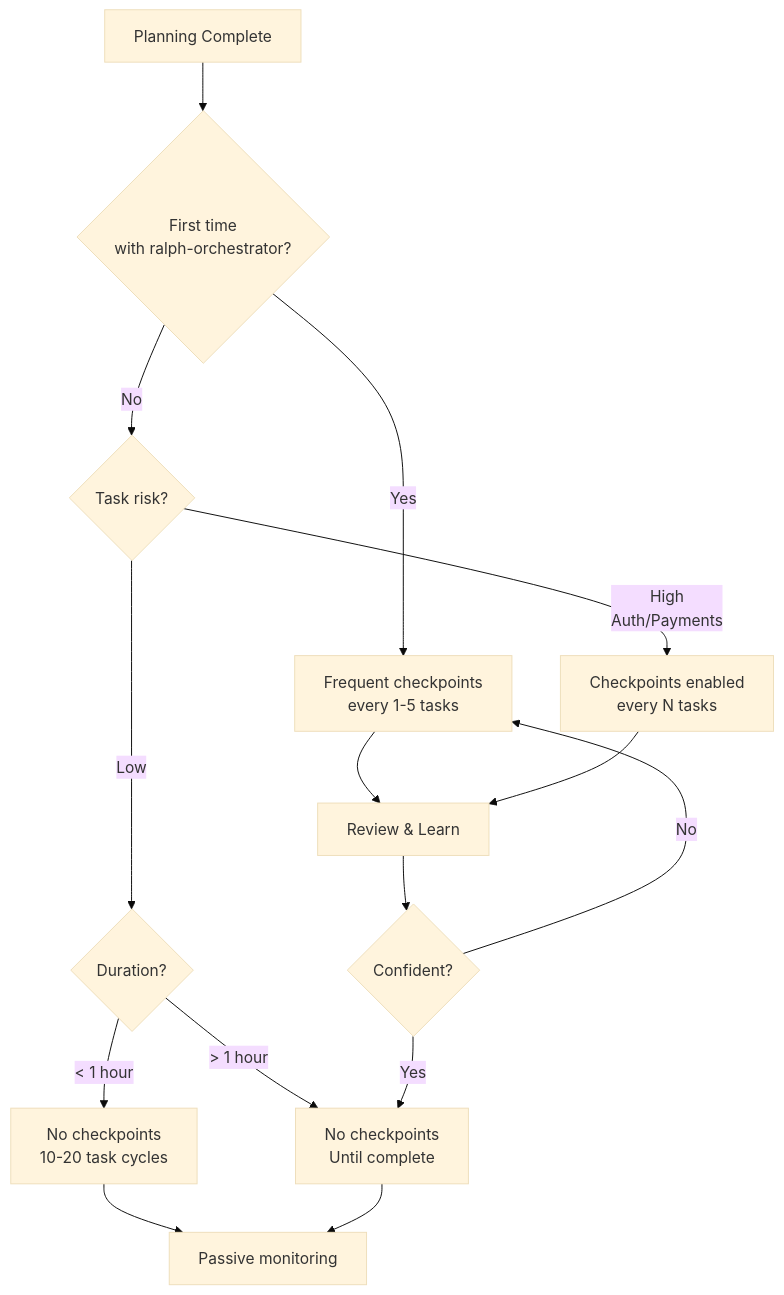
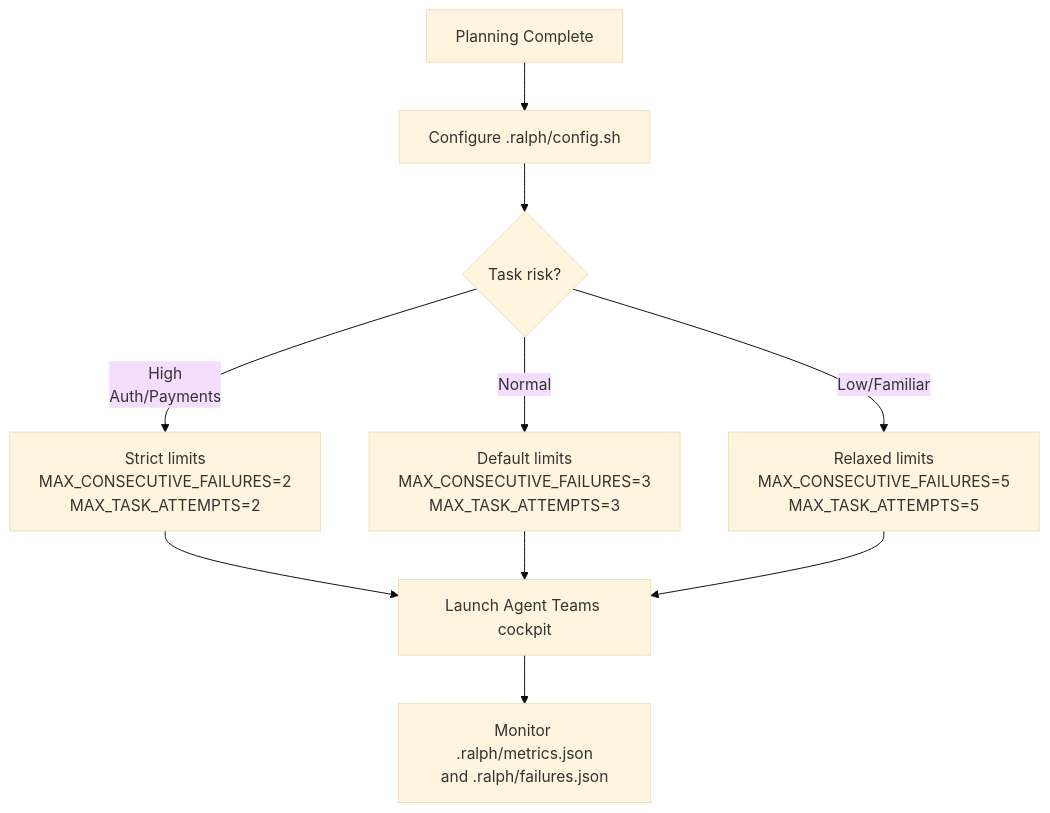
The fifth of 5 diagrams in skills/ralph-orchestrator/references/mode-selection.md (Dario-Arcos/ai-framework), drawn with Mermaid (base theme) before and after one commit. The commit also changed other lines of this file and 10 other files, not shown here.

First line of the commit message:
fix(ralph-orchestrator): remove ghost features and align docs with Agent Teams reality

````diff
--- a/skills/ralph-orchestrator/references/mode-selection.md
+++ b/skills/ralph-orchestrator/references/mode-selection.md
@@ -229,22 +229,16 @@
 ```mermaid
 graph TD
-    Ready[Planning Complete] --> Q1{First time<br/>with ralph-orchestrator?}
+    Ready[Planning Complete] --> Config[Configure .ralph/config.sh]
 
-    Q1 -->|Yes| CP1[Frequent checkpoints<br/>every 1-5 tasks]
-    Q1 -->|No| Q2{Task risk?}
+    Config --> Q1{Task risk?}
 
-    Q2 -->|High<br/>Auth/Payments| CP2[Checkpoints enabled<br/>every N tasks]
-    Q2 -->|Low| Q3{Duration?}
+    Q1 -->|High<br/>Auth/Payments| Strict[Strict limits<br/>MAX_CONSECUTIVE_FAILURES=2<br/>MAX_TASK_ATTEMPTS=2]
+    Q1 -->|Normal| Default[Default limits<br/>MAX_CONSECUTIVE_FAILURES=3<br/>MAX_TASK_ATTEMPTS=3]
+    Q1 -->|Low/Familiar| Relaxed[Relaxed limits<br/>MAX_CONSECUTIVE_FAILURES=5<br/>MAX_TASK_ATTEMPTS=5]
 
-    Q3 -->|< 1 hour| NCP1[No checkpoints<br/>10-20 task cycles]
-    Q3 -->|> 1 hour| NCP2[No checkpoints<br/>Until complete]
+    Strict --> Launch[Launch Agent Teams cockpit]
+    Default --> Launch
+    Relaxed --> Launch
 
-    CP1 --> Review[Review & Learn]
-    CP2 --> Review
-    NCP1 --> Monitor[Passive monitoring]
-    NCP2 --> Monitor
-
-    Review --> Q4{Confident?}
-    Q4 -->|Yes| NCP2
-    Q4 -->|No| CP1
+    Launch --> Monitor[Monitor .ralph/metrics.json<br/>and .ralph/failures.json]
 ```
````
